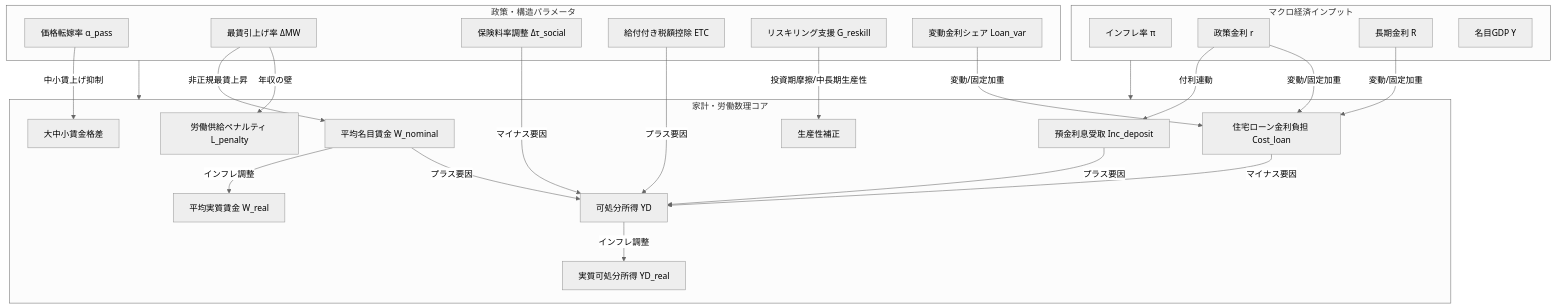
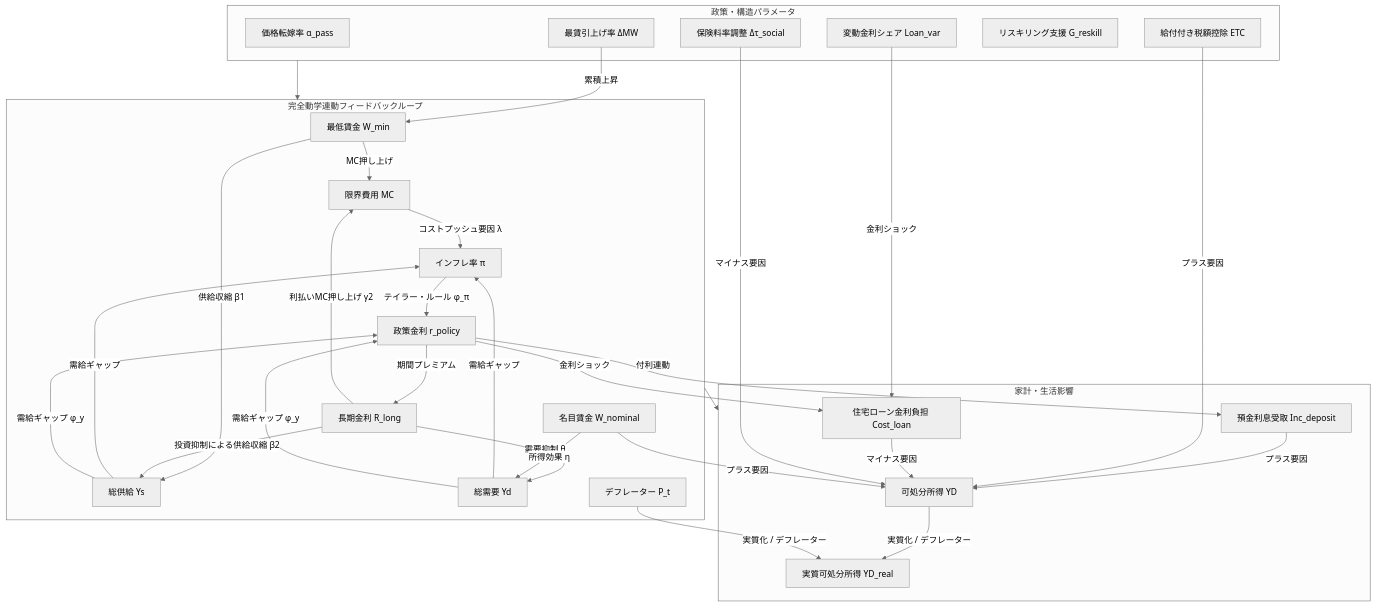
Before and after one commit to ogaogamirai/ARE-Sandbox: the diagram in japan-household-model/design_specification.md, drawn with Mermaid (neutral theme). The commit also changed other lines of this file, not shown here.

Commit message:
docs: update design specification with full dynamic feedback model equations

````diff
--- a/japan-household-model/design_specification.md
+++ b/japan-household-model/design_specification.md
@@ -10,45 +10,61 @@
 ```mermaid
 graph TD
-    %% マクロインプット
-    subgraph Macro_Inputs [マクロ経済インプット]
-        pi[インフレ率 π]
-        r[政策金利 r]
-        R[長期金利 R]
-        Y[名目GDP Y]
-    end
-
     %% スライダーインプット
     subgraph UI_Inputs [政策・構造パラメータ]
         alpha_pass[価格転嫁率 α_pass]
         dMW[最賃引上げ率 ΔMW]
         dSocial[保険料率調整 Δτ_social]
         ETC[給付付き税額控除 ETC]
         G_reskill[リスキリング支援 G_reskill]
         Loan_var[変動金利シェア Loan_var]
     end
 
-    %% 家計・労働コア
-    subgraph Household_Engine [家計・労働数理コア]
-        %% 賃金
-        W_nom[平均名目賃金 W_nominal] -->|インフレ調整| W_real[平均実質賃金 W_real]
-        alpha_pass -->|中小賃上げ抑制| W_gap[大中小賃金格差]
+    %% 動学コアフィードバックループ
+    subgraph Dynamic_Core [完全動学連動フィードバックループ]
+        W_min[最低賃金 W_min]
+        MC[限界費用 MC]
+        Y_s[総供給 Ys]
+        Y_d[総需要 Yd]
+        pi[インフレ率 π]
+        r[政策金利 r_policy]
+        R[長期金利 R_long]
+        P_def[デフレーター P_t]
         
-        %% 金利の二面性
-        r -->|付利連動| Inc_dep[預金利息受取 Inc_deposit]
-        r & R & Loan_var -->|変動/固定加重| Cost_loan[住宅ローン金利負担 Cost_loan]
+        dMW -->|累積上昇| W_min
+        W_min -->|MC押し上げ| MC
+        W_min -->|供給収縮 β1| Y_s
+        R -->|利払いMC押し上げ γ2| MC
+        R -->|投資抑制による供給収縮 β2| Y_s
         
-        %% 労働供給
-        dMW -->|非正規最賃上昇| W_nom
-        dMW -->|年収の壁| L_penalty[労働供給ペナルティ L_penalty]
-        G_reskill -->|投資期摩擦/中長期生産性| Productivity[生産性補正]
+        Y_d & Y_s -->|需給ギャップ| pi
+        MC -->|コストプッシュ要因 λ| pi
         
-        %% 所得
-        W_nom & Inc_dep & ETC -->|プラス要因| YD[可処分所得 YD]
+        pi -->|テイラー・ルール φ_π| r
+        Y_d & Y_s -->|需給ギャップ φ_y| r
+        
+        r -->|期間プレミアム| R
+        
+        R -->|需要抑制 θ| Y_d
+        W_nom[名目賃金 W_nominal] -->|所得効果 η| Y_d
+    end
+
+    %% 家計・所得
+    subgraph Household_Impact [家計・生活影響]
+        Inc_dep[預金利息受取 Inc_deposit]
+        Cost_loan[住宅ローン金利負担 Cost_loan]
+        YD[可処分所得 YD]
+        YD_real[実質可処分所得 YD_real]
+        
+        r -->|付利連動| Inc_dep
+        r & Loan_var -->|金利ショック| Cost_loan
+        
+        W_nom & Inc_dep & ETC -->|プラス要因| YD
         Cost_loan & dSocial -->|マイナス要因| YD
-        YD -->|インフレ調整| YD_real[実質可処分所得 YD_real]
+        
+        YD & P_def -->|実質化 / デフレーター| YD_real
     end
 
     %% 接続
-    Macro_Inputs --> Household_Engine
-    UI_Inputs --> Household_Engine
+    UI_Inputs --> Dynamic_Core
+    Dynamic_Core --> Household_Impact
 ```
````
